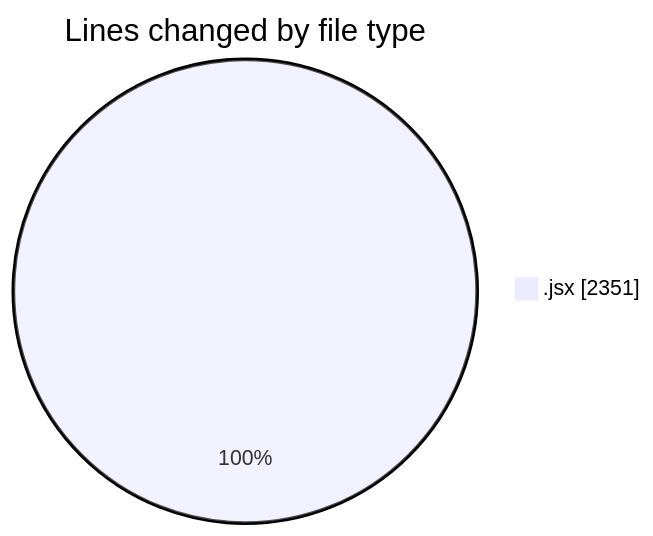
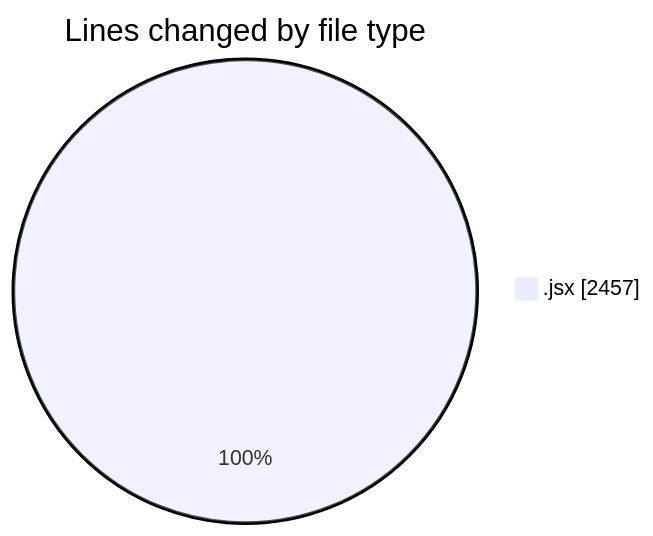
One commit to nxtqubesakshisongat/code-tracking changed the first of 2 diagrams in 2025-05-23/nxtqube_webapp/README.md. Above: the diagram before and after it, drawn with Mermaid. The commit also changed other lines of this file and 1 other file, not shown here.

````diff
--- a/2025-05-23/nxtqube_webapp/README.md
+++ b/2025-05-23/nxtqube_webapp/README.md
@@ -21,5 +21,5 @@
 ```mermaid
 pie showData
 title Lines changed by file type
-".jsx" : 2351
+".jsx" : 2457
 ```
````
